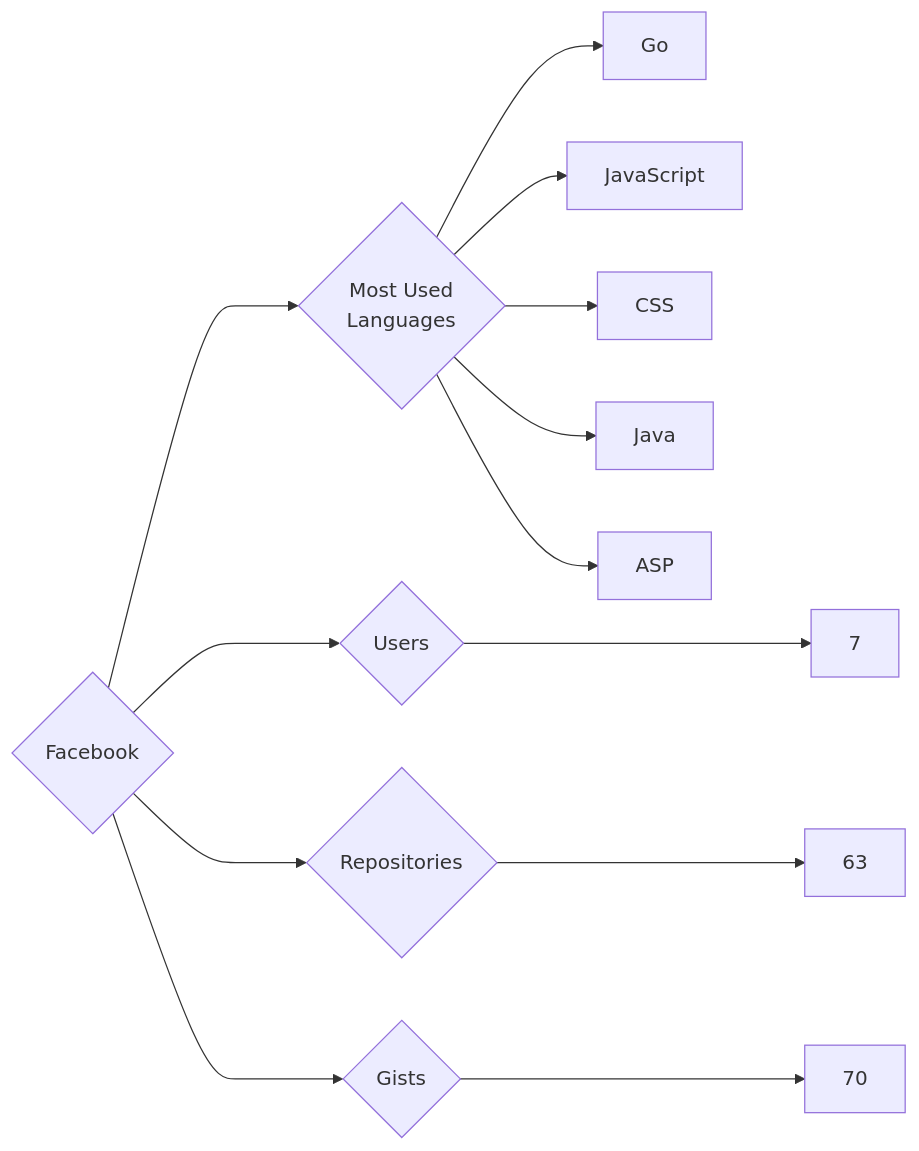
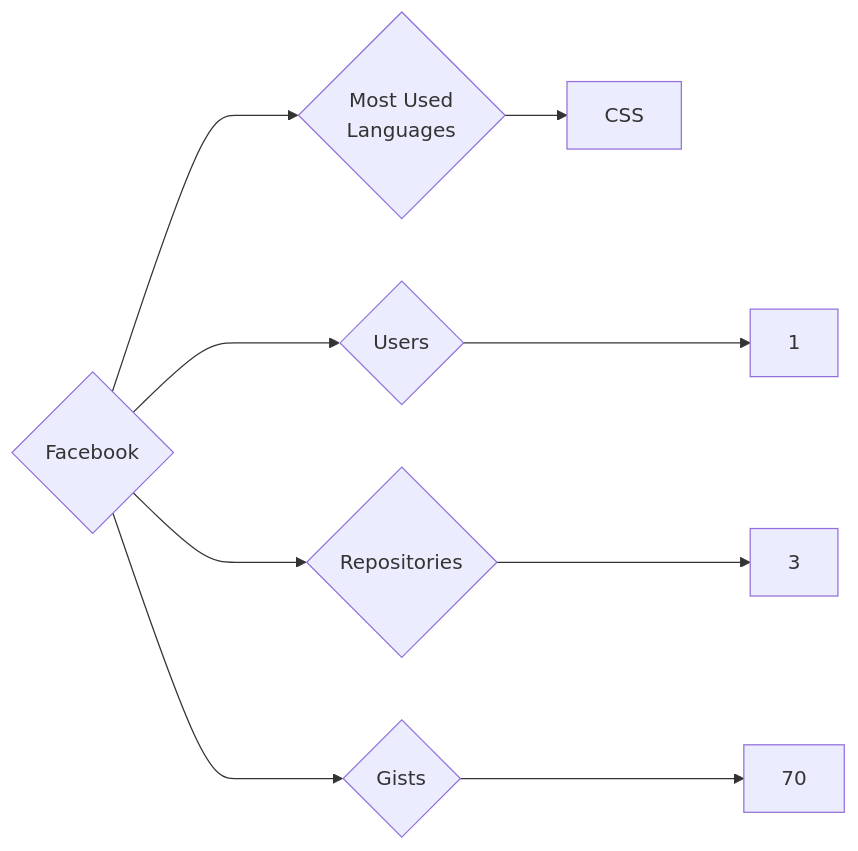
Before and after one commit to trickest/insiders: the diagram in targets/Facebook/README.md, drawn with Mermaid. The commit also changed 938 other files, not shown here.

````diff
--- a/targets/Facebook/README.md
+++ b/targets/Facebook/README.md
@@ -3,13 +3,9 @@
 ```mermaid
 graph LR
 COMPANY_NAME{Facebook}
-COMPANY_NAME ---> U{Users} ---> UN[7]
-COMPANY_NAME ---> R{Repositories} ---> RN[63]
+COMPANY_NAME ---> U{Users} ---> UN[1]
+COMPANY_NAME ---> R{Repositories} ---> RN[3]
 COMPANY_NAME ---> G{Gists} ---> GN[70]
 COMPANY_NAME ---> ML{Most Used<br>Languages}
-ML --> Go[Go]
-ML --> JavaScript[JavaScript]
 ML --> CSS[CSS]
-ML --> Java[Java]
-ML --> ASP[ASP]
 ```
````
